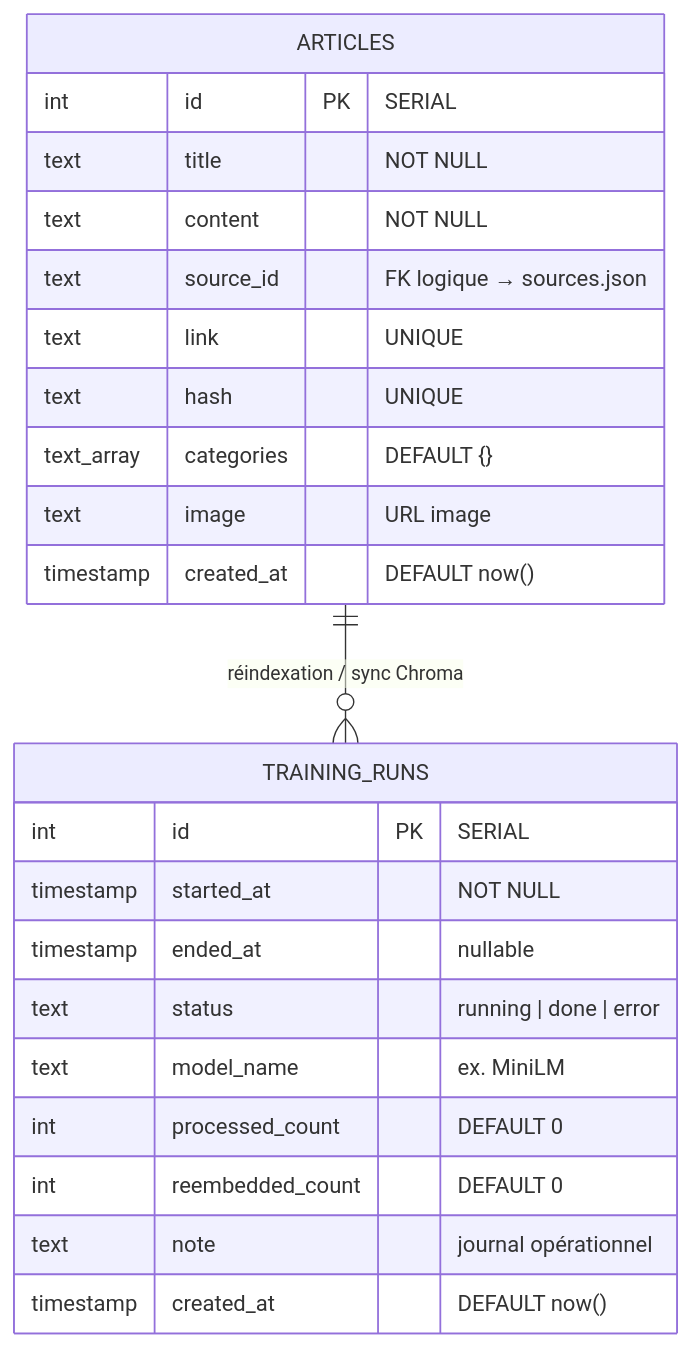
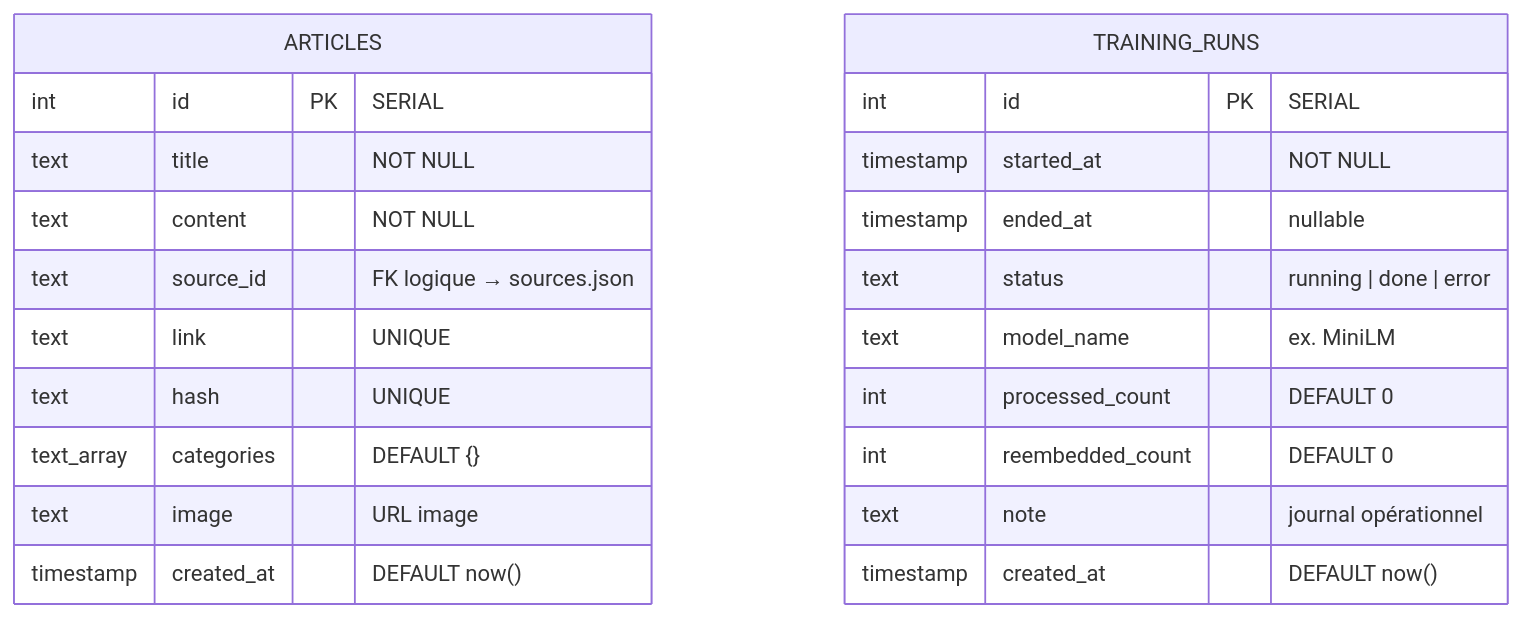
Diagram 14 of 20 in thesis/Diagrammes_UML_Mermaid.md (rooneyi/rdc-news-intelligence), drawn with Mermaid before and after one commit. The commit also changed other lines of this file and 36 other files, not shown here.

````diff
--- a/thesis/Diagrammes_UML_Mermaid.md
+++ b/thesis/Diagrammes_UML_Mermaid.md
@@ -645,28 +693,27 @@
 ```mermaid
 erDiagram
     ARTICLES {
         int id PK "SERIAL"
         text title "NOT NULL"
         text content "NOT NULL"
         text source_id "FK logique → sources.json"
         text link "UNIQUE"
         text hash "UNIQUE"
         text_array categories "DEFAULT {}"
         text image "URL image"
         timestamp created_at "DEFAULT now()"
     }
 
     TRAINING_RUNS {
         int id PK "SERIAL"
         timestamp started_at "NOT NULL"
         timestamp ended_at "nullable"
         text status "running | done | error"
         text model_name "ex. MiniLM"
         int processed_count "DEFAULT 0"
         int reembedded_count "DEFAULT 0"
         text note "journal opérationnel"
         timestamp created_at "DEFAULT now()"
     }
 
-    ARTICLES ||--o{ TRAINING_RUNS : "réindexation / sync Chroma"
 ```
````
